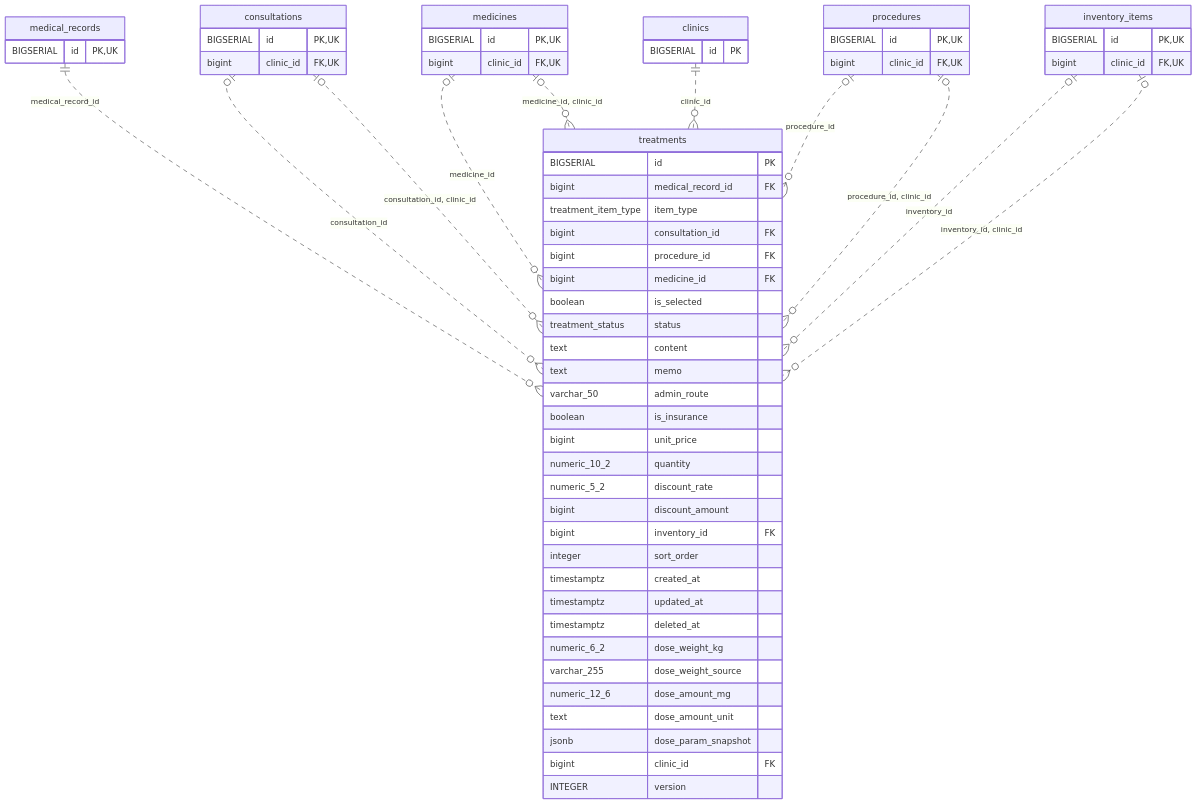
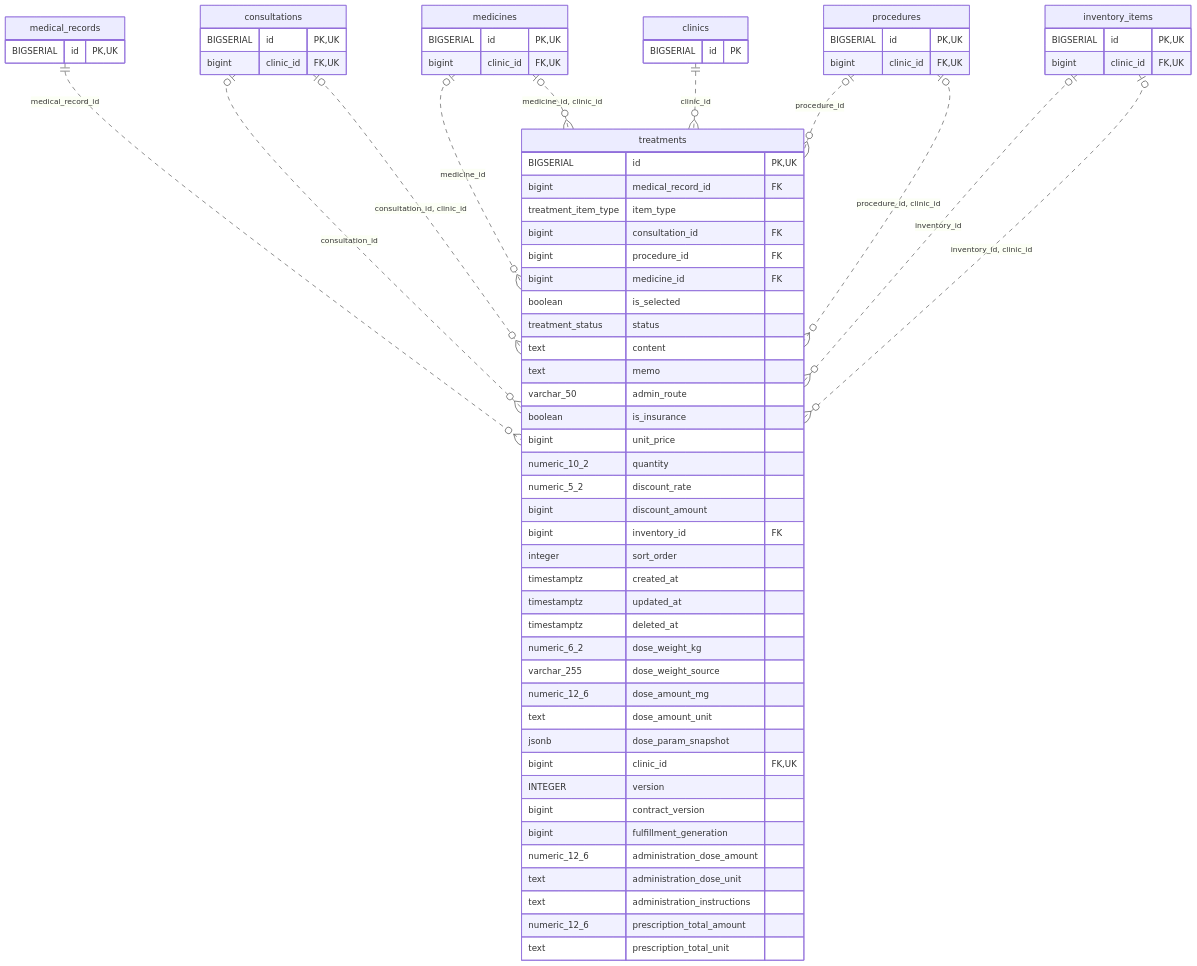
The diagram in docs/architecture/erd-detail/treatments.md (MinoruSoga/AnimalEkarte), drawn with Mermaid before and after one commit. The commit also changed other lines of this file and 51 other files, not shown here.

````diff
--- a/docs/architecture/erd-detail/treatments.md
+++ b/docs/architecture/erd-detail/treatments.md
@@ -51,65 +58,72 @@
 ```mermaid
 erDiagram
     treatments {
-        BIGSERIAL id PK
+        BIGSERIAL id PK,UK
         bigint medical_record_id FK
         treatment_item_type item_type
         bigint consultation_id FK
         bigint procedure_id FK
         bigint medicine_id FK
         boolean is_selected
         treatment_status status
         text content
         text memo
         varchar_50 admin_route
         boolean is_insurance
         bigint unit_price
         numeric_10_2 quantity
         numeric_5_2 discount_rate
         bigint discount_amount
         bigint inventory_id FK
         integer sort_order
         timestamptz created_at
         timestamptz updated_at
         timestamptz deleted_at
         numeric_6_2 dose_weight_kg
         varchar_255 dose_weight_source
         numeric_12_6 dose_amount_mg
         text dose_amount_unit
         jsonb dose_param_snapshot
-        bigint clinic_id FK
+        bigint clinic_id FK,UK
         INTEGER version
+        bigint contract_version
+        bigint fulfillment_generation
+        numeric_12_6 administration_dose_amount
+        text administration_dose_unit
+        text administration_instructions
+        numeric_12_6 prescription_total_amount
+        text prescription_total_unit
     }
     clinics {
         BIGSERIAL id PK
     }
     consultations {
         BIGSERIAL id PK,UK
         bigint clinic_id FK,UK
     }
     inventory_items {
         BIGSERIAL id PK,UK
         bigint clinic_id FK,UK
     }
     medical_records {
         BIGSERIAL id PK,UK
     }
     medicines {
         BIGSERIAL id PK,UK
         bigint clinic_id FK,UK
     }
     procedures {
         BIGSERIAL id PK,UK
         bigint clinic_id FK,UK
     }
     medical_records ||..o{ treatments : "medical_record_id"
     consultations o|..o{ treatments : "consultation_id"
     procedures o|..o{ treatments : "procedure_id"
     medicines o|..o{ treatments : "medicine_id"
     inventory_items o|..o{ treatments : "inventory_id"
     clinics ||..o{ treatments : "clinic_id"
     medicines o|..o{ treatments : "medicine_id, clinic_id"
     consultations o|..o{ treatments : "consultation_id, clinic_id"
     procedures o|..o{ treatments : "procedure_id, clinic_id"
     inventory_items o|..o{ treatments : "inventory_id, clinic_id"
 ```
````
